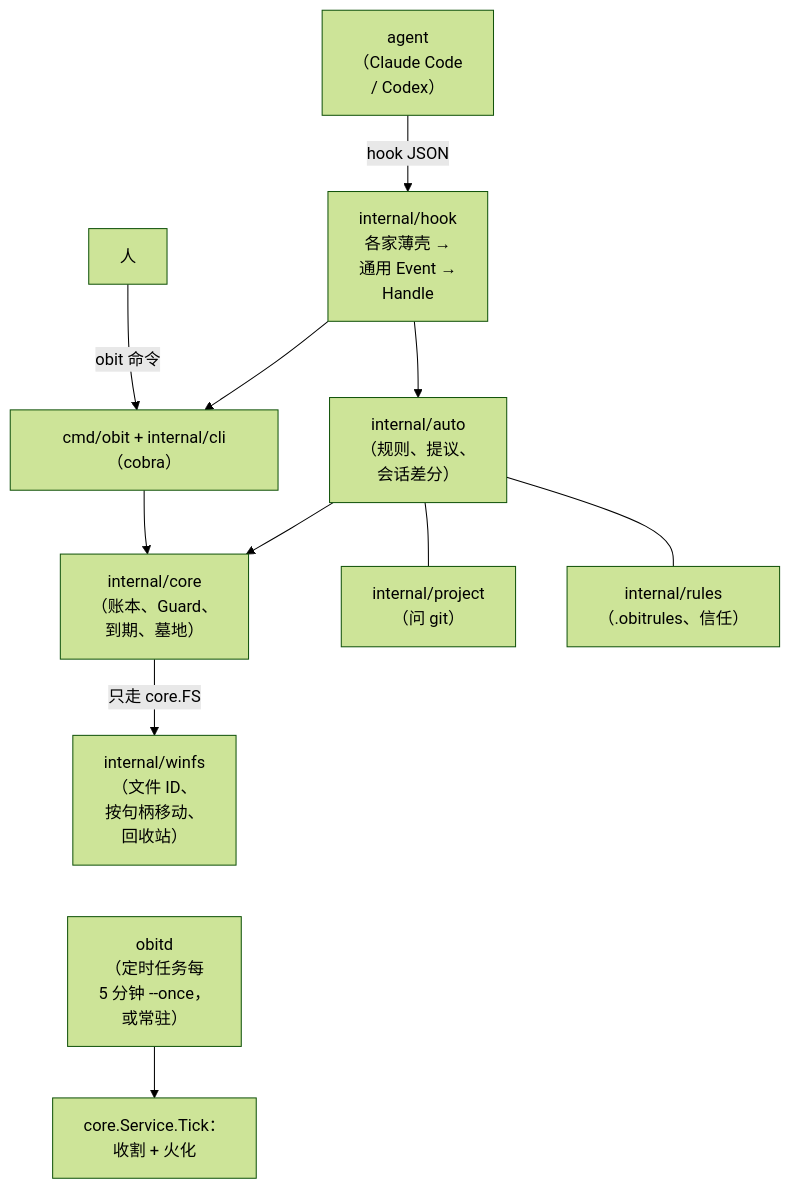
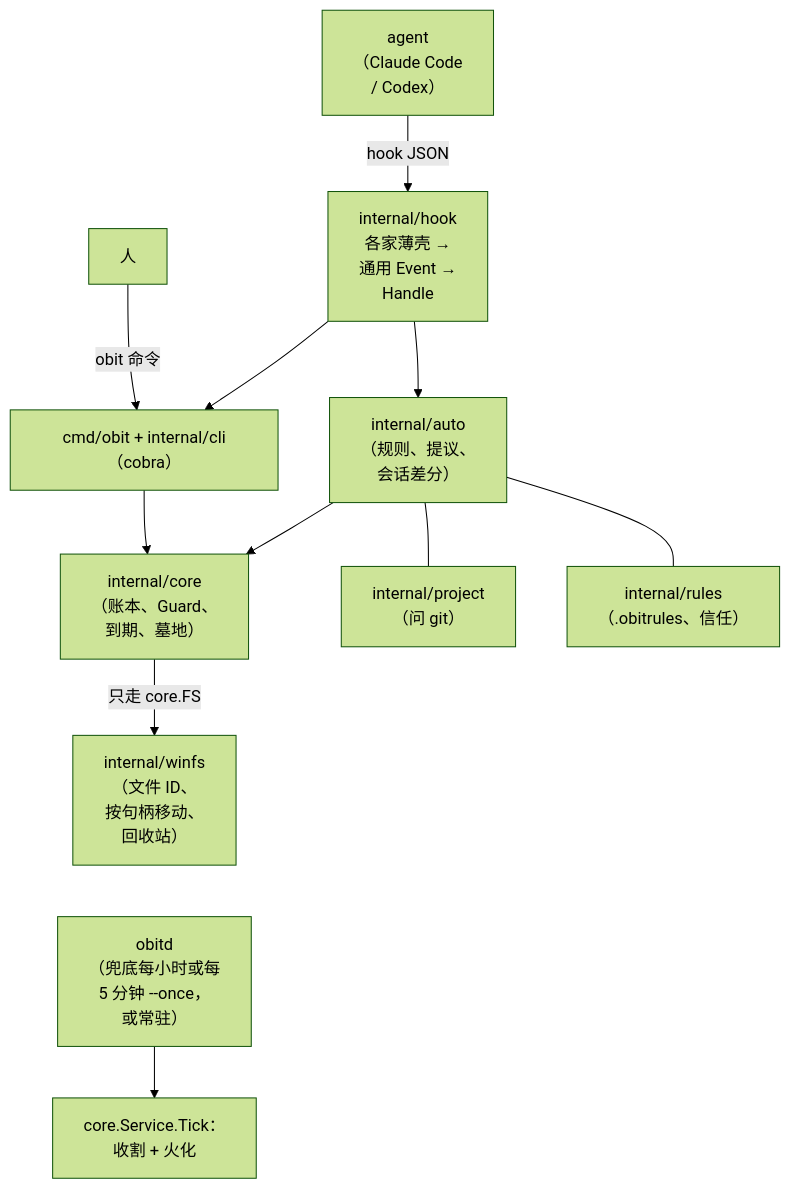
Before and after one commit to woodfishhhh/obituary: the diagram in docs/architecture.md, drawn with Mermaid (forest theme). The commit also changed other lines of this file and 27 other files, not shown here.

````diff
--- a/docs/architecture.md
+++ b/docs/architecture.md
@@ -33,15 +33,15 @@
 ```mermaid
 flowchart TD
     agent["agent<br/>（Claude Code<br/>/ Codex）"] -->|hook JSON| hook["internal/hook<br/>各家薄壳 →<br/>通用 Event →<br/>Handle"]
     human["人"] -->|obit 命令| cli["cmd/obit + internal/cli（cobra）"]
     hook --> cli
     hook --> auto["internal/auto<br/>（规则、提议、<br/>会话差分）"]
     cli --> core["internal/core<br/>（账本、Guard、<br/>到期、墓地）"]
     auto --> core
     auto --- project["internal/project<br/>（问 git）"]
     auto --- rules["internal/rules<br/>（.obitrules、信任）"]
     core -->|只走 core.FS| winfs["internal/winfs<br/>（文件 ID、<br/>按句柄移动、<br/>回收站）"]
-    obitd["obitd<br/>（定时任务每<br/>5 分钟 --once，<br/>或常驻）"] --> tick["core.Service.Tick：<br/>收割 + 火化"]
+    obitd["obitd<br/>（兜底每小时或每<br/>5 分钟 --once，<br/>或常驻）"] --> tick["core.Service.Tick：<br/>收割 + 火化"]
     %% 只为排版：把 obitd 放到最下面
     winfs ~~~ obitd
 ```
````
